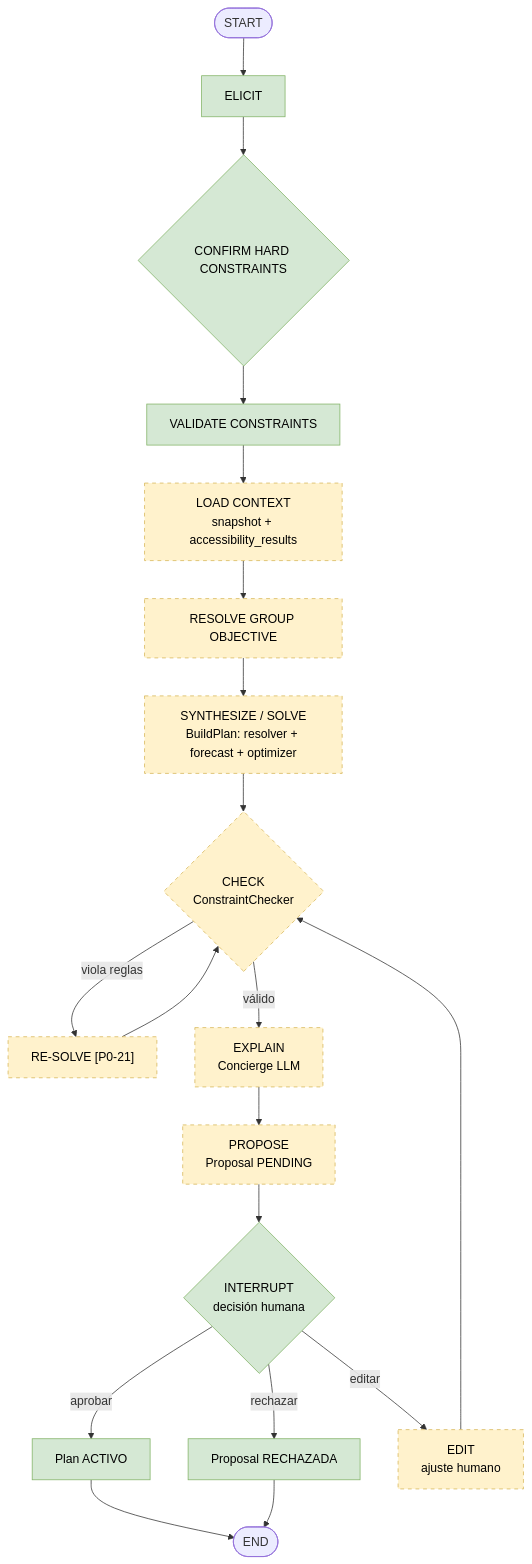
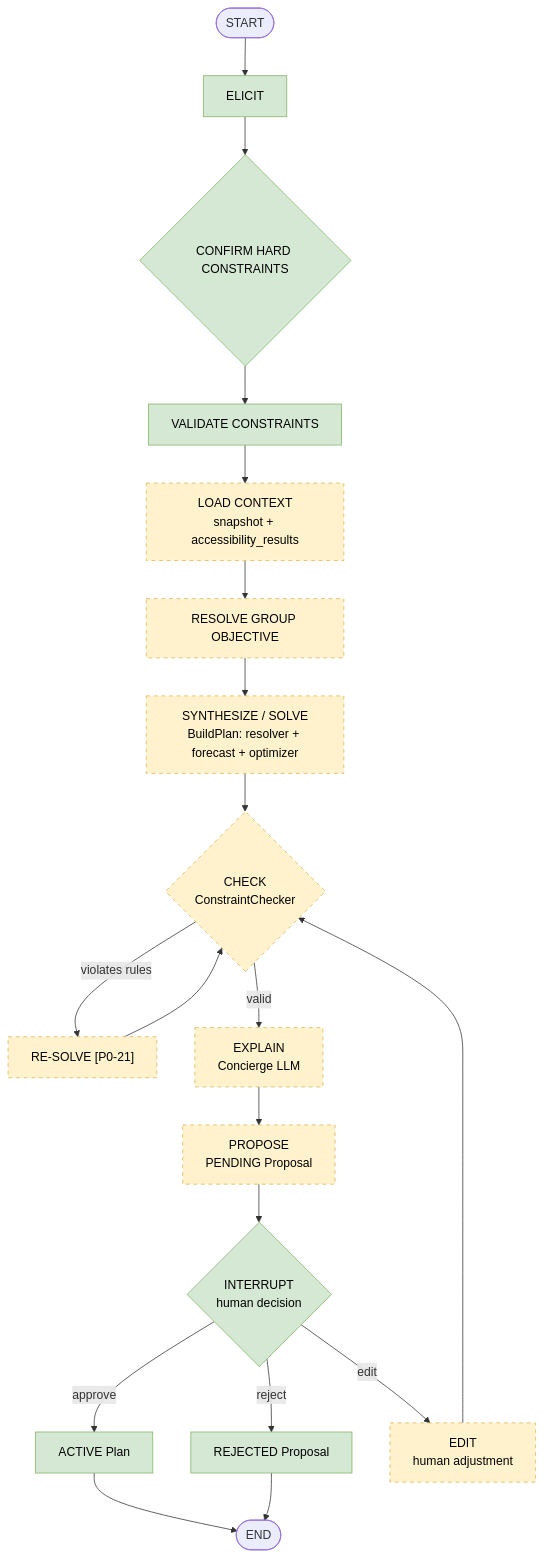
Before and after one commit to andrea0727/parkmind-agentic-ai: the third of 4 diagrams in docs/diagrams/agent-flow.md, drawn with Mermaid. The commit also changed other lines of this file and 2 other files, not shown here.

````diff
--- a/docs/diagrams/agent-flow.md
+++ b/docs/diagrams/agent-flow.md
@@ -50,24 +50,24 @@
 ```mermaid
 flowchart TD
   S([START]) --> EL["ELICIT"]:::impl
   EL --> CH{"CONFIRM HARD CONSTRAINTS"}:::impl
   CH --> VA["VALIDATE CONSTRAINTS"]:::impl
   VA --> LC["LOAD CONTEXT<br/>snapshot + accessibility_results"]:::target
   LC --> GO["RESOLVE GROUP OBJECTIVE"]:::target
   GO --> SO["SYNTHESIZE / SOLVE<br/>BuildPlan: resolver + forecast + optimizer"]:::target
   SO --> CK{"CHECK<br/>ConstraintChecker"}:::target
-  CK -- viola reglas --> RS["RE-SOLVE [P0-21]"]:::target
+  CK -- violates rules --> RS["RE-SOLVE [P0-21]"]:::target
   RS --> CK
-  CK -- válido --> EX["EXPLAIN<br/>Concierge LLM"]:::target
-  EX --> PR["PROPOSE<br/>Proposal PENDING"]:::target
-  PR --> IN{"INTERRUPT<br/>decisión humana"}:::impl
-  IN -- aprobar --> OK["Plan ACTIVO"]:::impl
-  IN -- rechazar --> RJ["Proposal RECHAZADA"]:::impl
-  IN -- editar --> ED["EDIT<br/>ajuste humano"]:::target
+  CK -- valid --> EX["EXPLAIN<br/>Concierge LLM"]:::target
+  EX --> PR["PROPOSE<br/>PENDING Proposal"]:::target
+  PR --> IN{"INTERRUPT<br/>human decision"}:::impl
+  IN -- approve --> OK["ACTIVE Plan"]:::impl
+  IN -- reject --> RJ["REJECTED Proposal"]:::impl
+  IN -- edit --> ED["EDIT<br/>human adjustment"]:::target
   ED --> CK
   OK --> Z([END])
   RJ --> Z
 
   classDef impl fill:#d5e8d4,stroke:#82b366,color:#000
   classDef target fill:#fff2cc,stroke:#d6b656,stroke-dasharray:5 5,color:#000
 ```
````
